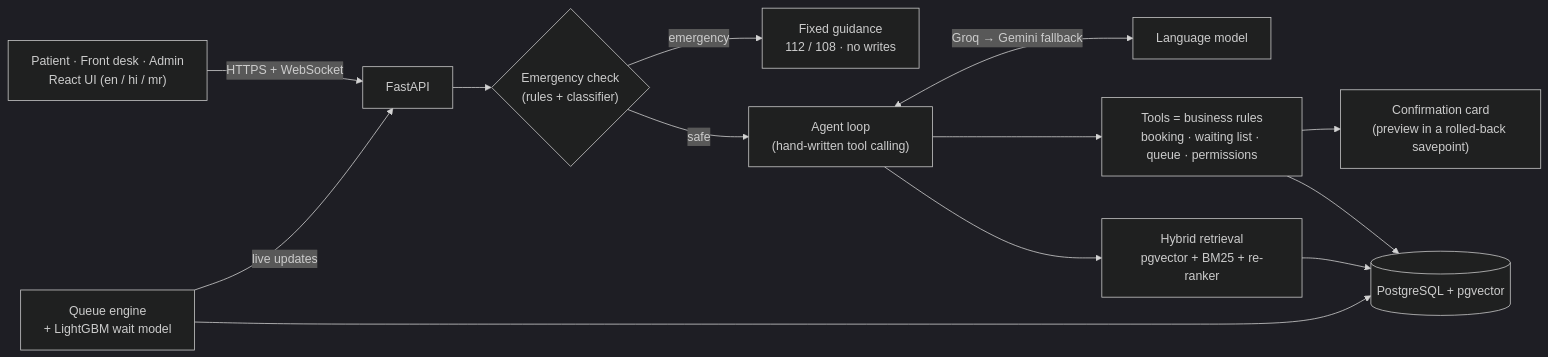
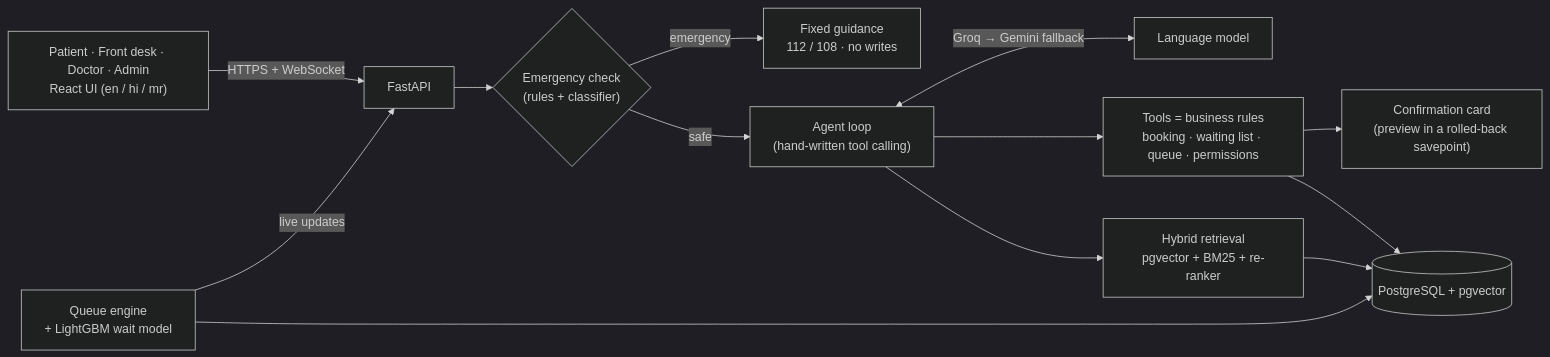
Before and after one commit to OmkarJayvantJadhav/CareFlow: the diagram in README.md, drawn with Mermaid (dark theme). The commit also changed other lines of this file and 52 other files, not shown here.

````diff
--- a/README.md
+++ b/README.md
@@ -141,15 +160,15 @@
 ```mermaid
 flowchart LR
-    U["Patient · Front desk · Admin<br/>React UI (en / hi / mr)"] -->|HTTPS + WebSocket| API["FastAPI"]
+    U["Patient · Front desk · Doctor · Admin<br/>React UI (en / hi / mr)"] -->|HTTPS + WebSocket| API["FastAPI"]
     API --> G{"Emergency check<br/>(rules + classifier)"}
     G -->|emergency| E["Fixed guidance<br/>112 / 108 · no writes"]
     G -->|safe| A["Agent loop<br/>(hand-written tool calling)"]
     A <-->|"Groq → Gemini fallback"| LLM["Language model"]
     A --> T["Tools = business rules<br/>booking · waiting list · queue · permissions"]
     A --> R["Hybrid retrieval<br/>pgvector + BM25 + re-ranker"]
     T --> C["Confirmation card<br/>(preview in a rolled-back savepoint)"]
     T --> DB[("PostgreSQL + pgvector")]
     R --> DB
     Q["Queue engine<br/>+ LightGBM wait model"] --> DB
     Q -->|live updates| API
 ```
````
